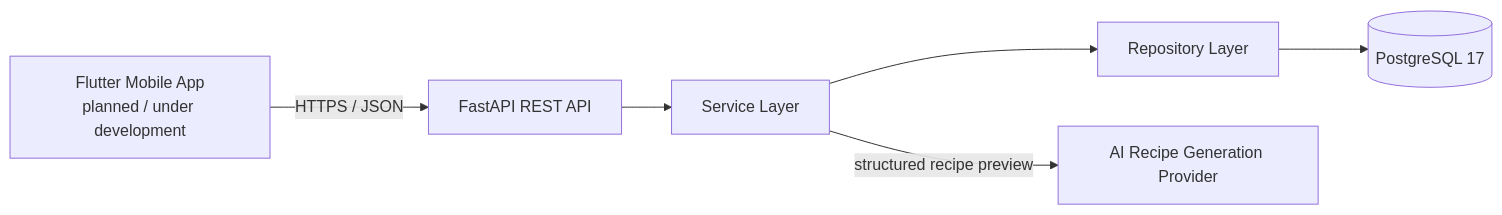
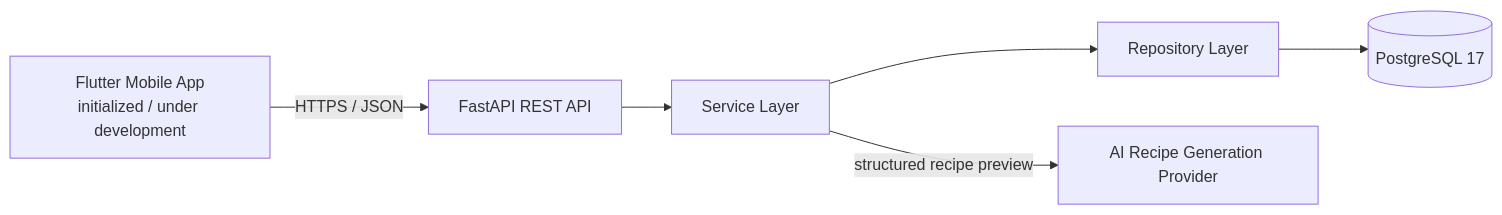
The diagram in README.md (Pavel404-dev/Mealio), drawn with Mermaid before and after one commit. The commit also changed other lines of this file and 83 other files, not shown here.

````diff
--- a/README.md
+++ b/README.md
@@ -75,15 +75,15 @@
 ```mermaid
 flowchart LR
-    Mobile["Flutter Mobile App<br/>planned / under development"]
+    Mobile["Flutter Mobile App<br/>initialized / under development"]
     API["FastAPI REST API"]
     Services["Service Layer"]
     Repositories["Repository Layer"]
     Database[("PostgreSQL 17")]
     AI["AI Recipe Generation Provider"]
 
     Mobile -->|"HTTPS / JSON"| API
     API --> Services
     Services --> Repositories
     Repositories --> Database
     Services -->|"structured recipe preview"| AI
 ```
````
